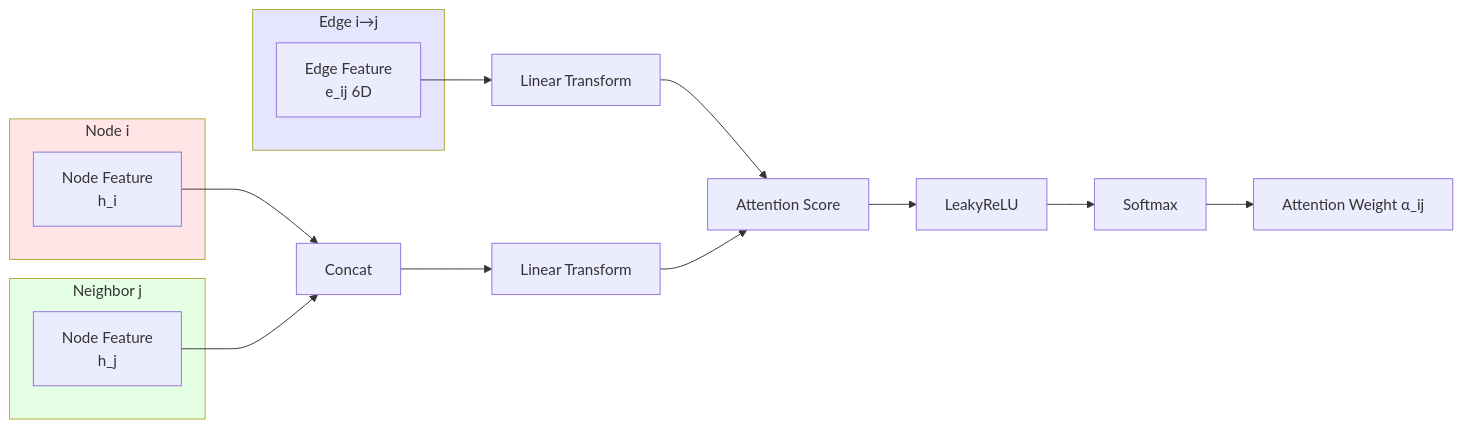
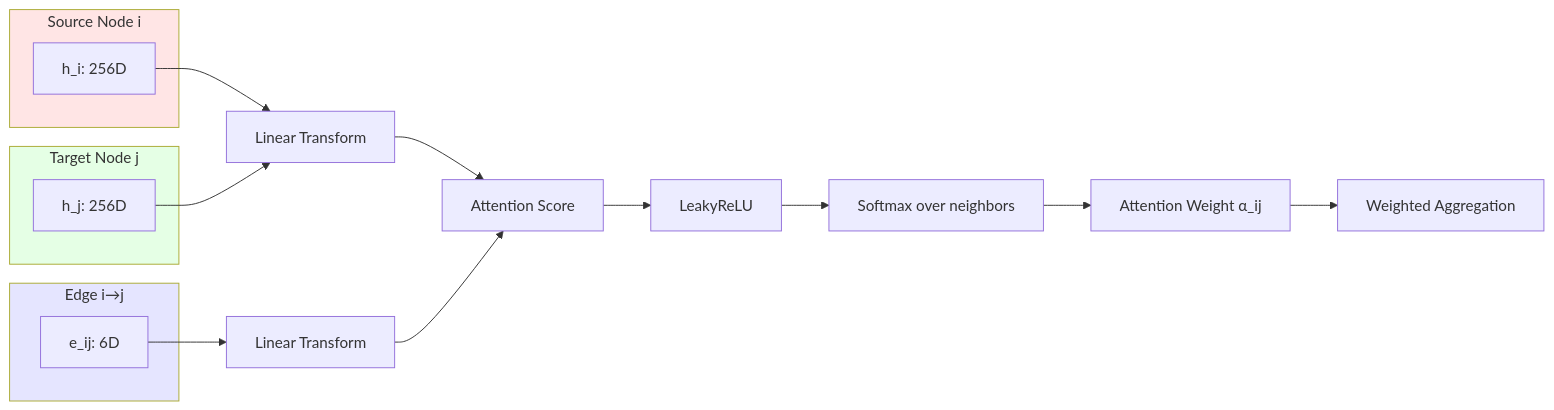
Before and after one commit to Federated-ICS/Predection: the fifth of 13 diagrams in docs/GNN_MODEL_ARCHITECTURE.md, drawn with Mermaid. The commit also changed other lines of this file and 4 other files, not shown here.

````diff
--- a/docs/GNN_MODEL_ARCHITECTURE.md
+++ b/docs/GNN_MODEL_ARCHITECTURE.md
@@ -167,28 +277,28 @@
 ```mermaid
 graph LR
-    subgraph Node_i["Node i"]
-        A[Node Feature<br/>h_i]
+    subgraph Node_i["Source Node i"]
+        A[h_i: 256D]
     end
     
-    subgraph Node_j["Neighbor j"]
-        B[Node Feature<br/>h_j]
+    subgraph Node_j["Target Node j"]
+        B[h_j: 256D]
     end
     
     subgraph Edge["Edge i→j"]
-        C[Edge Feature<br/>e_ij 6D]
+        C[e_ij: 6D]
     end
     
-    A --> D[Concat]
+    A --> D[Linear Transform]
     B --> D
     C --> E[Linear Transform]
-    D --> F[Linear Transform]
-    E --> G[Attention Score]
-    F --> G
-    G --> H[LeakyReLU]
-    H --> I[Softmax]
-    I --> J[Attention Weight α_ij]
+    D --> F[Attention Score]
+    E --> F
+    F --> G[LeakyReLU]
+    G --> H[Softmax over neighbors]
+    H --> I[Attention Weight α_ij]
+    I --> J[Weighted Aggregation]
     
     style Node_i fill:#FFE5E5
     style Node_j fill:#E5FFE5
     style Edge fill:#E5E5FF
 ```
````
